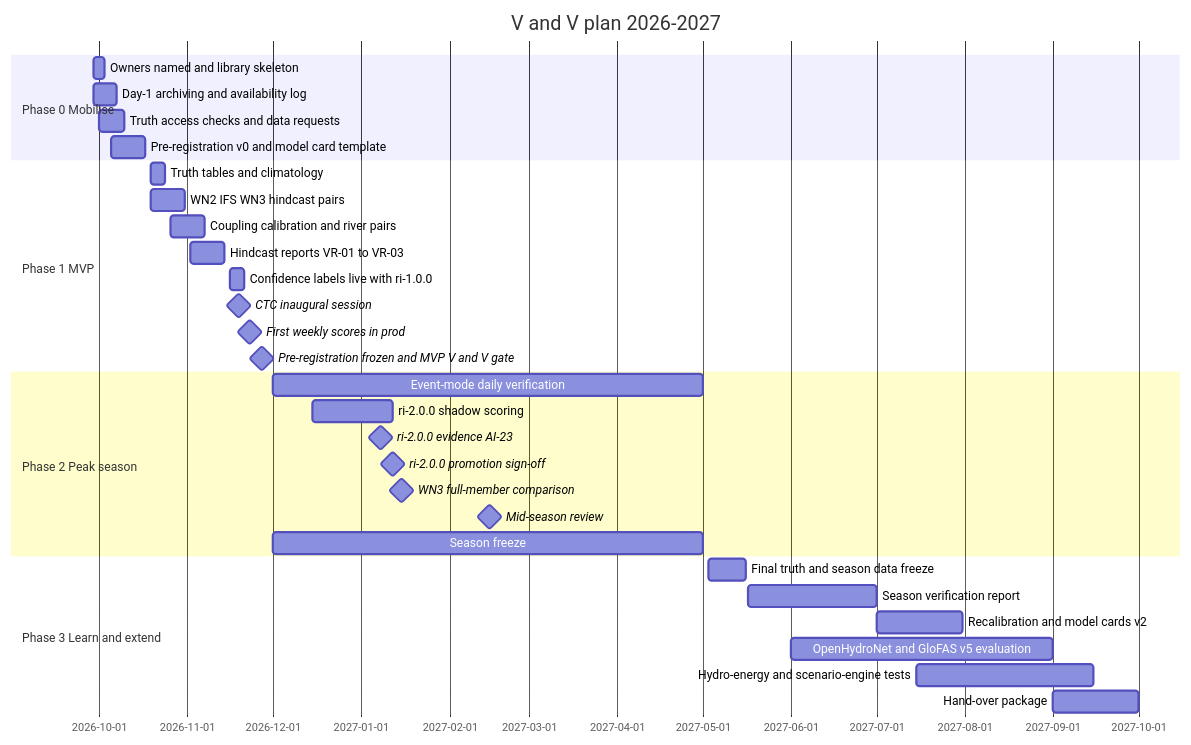
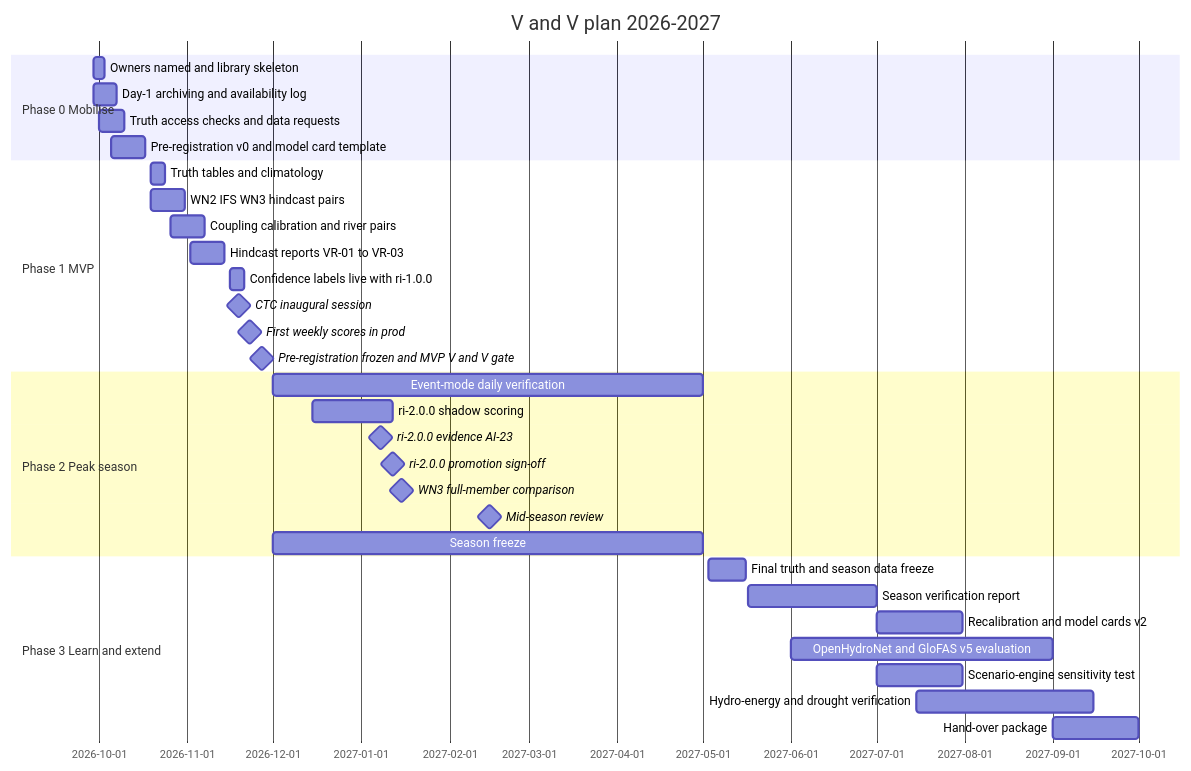
The fourth of 4 diagrams in docs/14-verification-and-validation.md (mcastroarroyo/weathernext), drawn with Mermaid before and after one commit. The commit also changed other lines of this file, not shown here.

First line of the commit message:
Align docs/14-verification-and-validation.md with cross-document canonical values

````diff
--- a/docs/14-verification-and-validation.md
+++ b/docs/14-verification-and-validation.md
@@ -1085,34 +1082,35 @@
 ```mermaid
 gantt
   title V and V plan 2026-2027
   dateFormat YYYY-MM-DD
   section Phase 0 Mobilise
   Owners named and library skeleton          :vv01, 2026-09-29, 4d
   Day-1 archiving and availability log        :vv02, 2026-09-29, 8d
   Truth access checks and data requests       :vv03, 2026-10-01, 9d
   Pre-registration v0 and model card template :vv04, 2026-10-05, 12d
   section Phase 1 MVP
   Truth tables and climatology                :vv11, 2026-10-19, 5d
   WN2 IFS WN3 hindcast pairs                  :vv12, 2026-10-19, 12d
   Coupling calibration and river pairs        :vv13, 2026-10-26, 12d
   Hindcast reports VR-01 to VR-03             :vv14, 2026-11-02, 12d
   Confidence labels live with ri-1.0.0        :vv15, 2026-11-16, 5d
   CTC inaugural session                       :milestone, vv16, 2026-11-19, 0d
   First weekly scores in prod                 :milestone, vv17, 2026-11-23, 0d
   Pre-registration frozen and MVP V and V gate :milestone, vv18, 2026-11-27, 0d
   section Phase 2 Peak season
   Event-mode daily verification               :vv21, 2026-12-01, 151d
   ri-2.0.0 shadow scoring                     :vv22, 2026-12-15, 28d
   ri-2.0.0 evidence AI-23                     :milestone, vv23, 2027-01-08, 0d
   ri-2.0.0 promotion sign-off                 :milestone, vv23b, 2027-01-12, 0d
   WN3 full-member comparison                  :milestone, vv24, 2027-01-15, 0d
   Mid-season review                           :milestone, vv25, 2027-02-15, 0d
   Season freeze                               :vv26, 2026-12-01, 151d
   section Phase 3 Learn and extend
   Final truth and season data freeze          :vv31, 2027-05-03, 13d
   Season verification report                  :vv32, 2027-05-17, 45d
   Recalibration and model cards v2            :vv33, 2027-07-01, 30d
   OpenHydroNet and GloFAS v5 evaluation       :vv34, 2027-06-01, 92d
-  Hydro-energy and scenario-engine tests      :vv35, 2027-07-15, 62d
+  Scenario-engine sensitivity test            :vv33b, 2027-07-01, 30d
+  Hydro-energy and drought verification       :vv35, 2027-07-15, 62d
   Hand-over package                           :vv36, 2027-09-01, 30d
 ```
````
